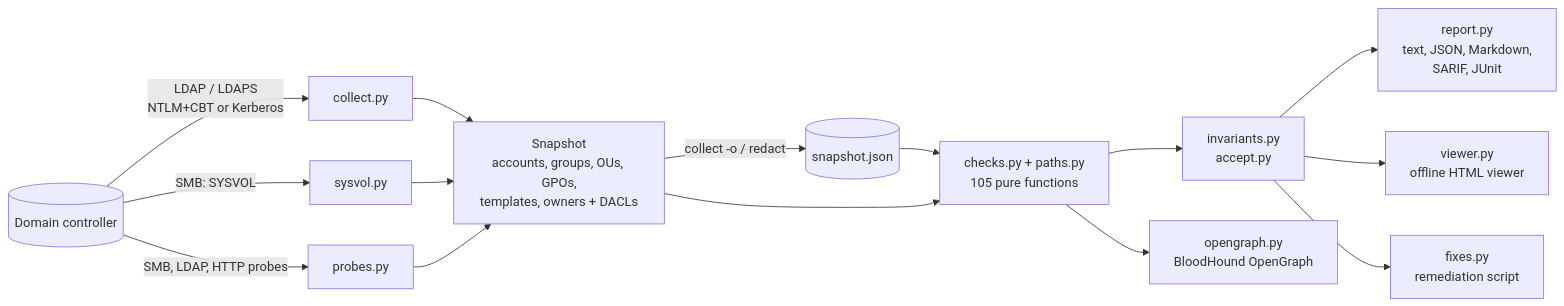
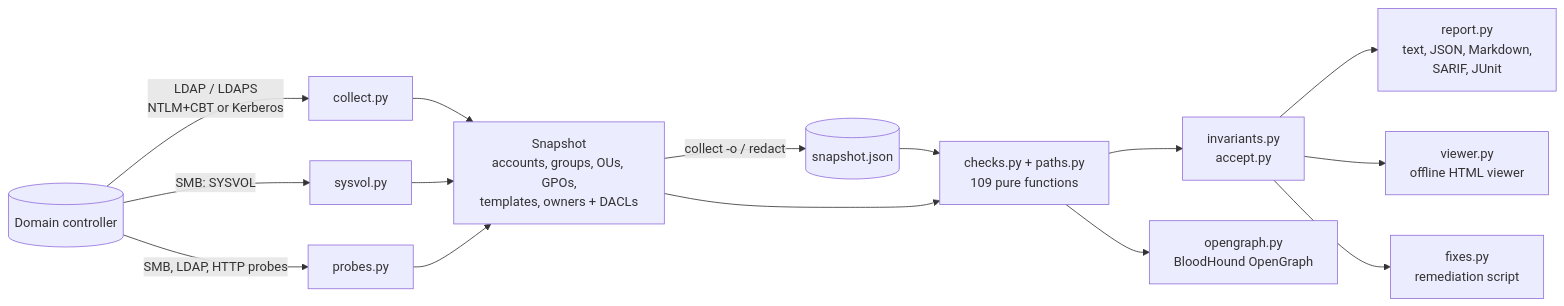
Before and after one commit to brkozer/ad-doctor: the diagram in README.md, drawn with Mermaid. The commit also changed other lines of this file and 14 other files, not shown here.

````diff
--- a/README.md
+++ b/README.md
@@ -428,17 +443,17 @@
 ```mermaid
 flowchart LR
     DC[(Domain controller)] -- "LDAP / LDAPS<br/>NTLM+CBT or Kerberos" --> C[collect.py]
     DC -- "SMB: SYSVOL" --> V[sysvol.py]
     DC -- "SMB, LDAP, HTTP probes" --> P[probes.py]
     C --> S[Snapshot<br/>accounts, groups, OUs, GPOs,<br/>templates, owners + DACLs]
     V --> S
     P --> S
     S -- "collect -o / redact" --> F[(snapshot.json)]
     F --> A
-    S --> A[checks.py + paths.py<br/>105 pure functions]
+    S --> A[checks.py + paths.py<br/>109 pure functions]
     A --> I[invariants.py<br/>accept.py]
     I --> R[report.py<br/>text, JSON, Markdown,<br/>SARIF, JUnit]
     I --> W[viewer.py<br/>offline HTML viewer]
     I --> X[fixes.py<br/>remediation script]
     A --> O[opengraph.py<br/>BloodHound OpenGraph]
 ```
````
